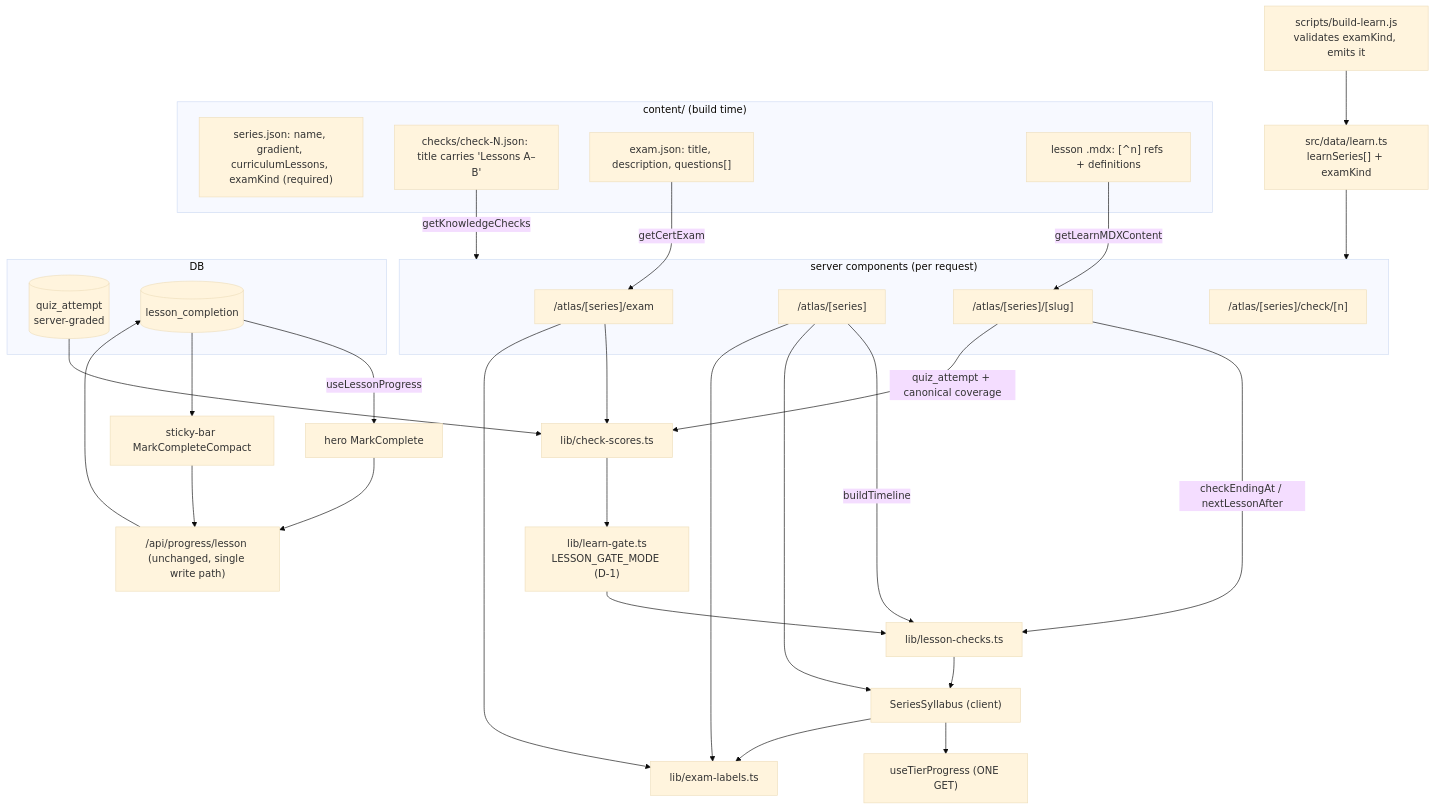
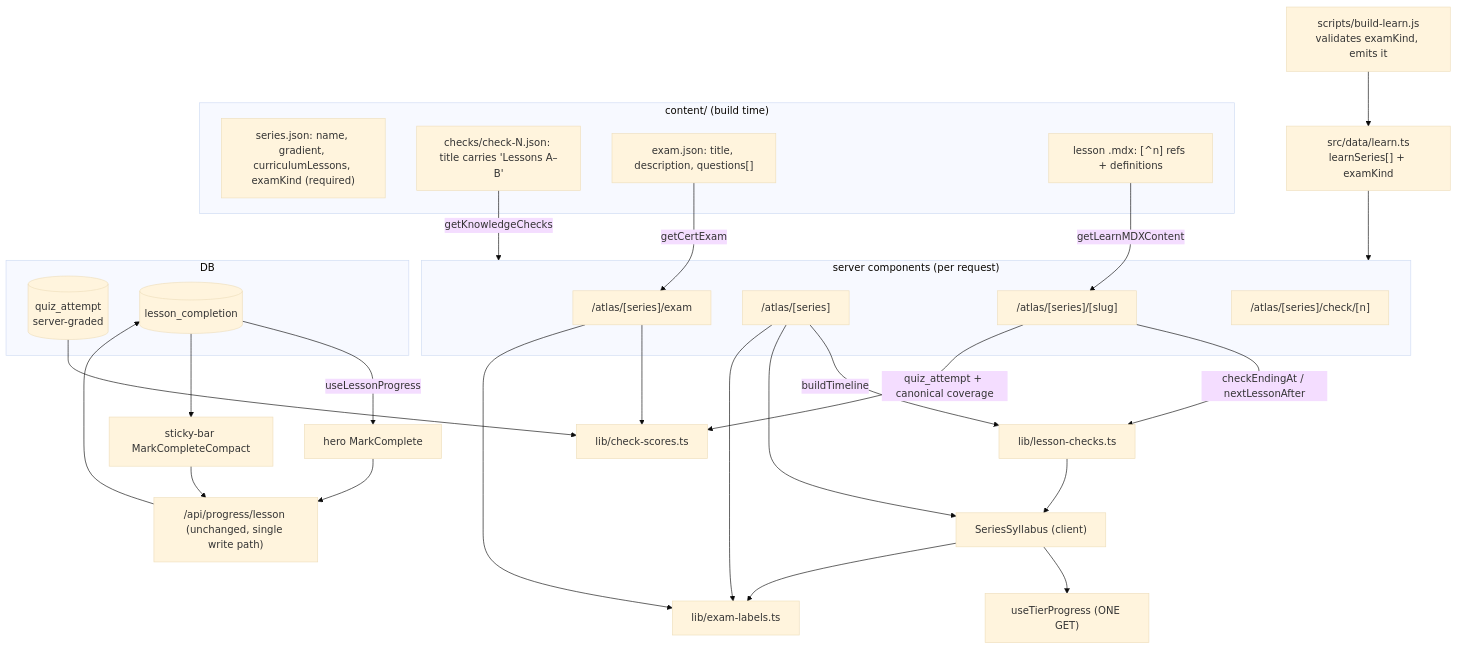
Before and after one commit to tophersymps/adroitconsultingllc: the diagram in deliverables/learn-ux-exam-naming/architecture.md, drawn with Mermaid (base theme). The commit also changed other lines of this file and 4 other files, not shown here.

````diff
--- a/deliverables/learn-ux-exam-naming/architecture.md
+++ b/deliverables/learn-ux-exam-naming/architecture.md
@@ -465,42 +469,40 @@
 ```mermaid
 flowchart TB
   subgraph Content["content/ (build time)"]
     SJ["series.json: name, gradient, curriculumLessons, examKind (required)"]
     CH["checks/check-N.json: title carries 'Lessons A–B'"]
     EX["exam.json: title, description, questions[]"]
     MDX["lesson .mdx: [^n] refs + definitions"]
   end
   BL["scripts/build-learn.js<br/>validates examKind, emits it"] --> GEN["src/data/learn.ts<br/>learnSeries[] + examKind"]
   subgraph S["server components (per request)"]
     LP["/atlas/[series]/[slug]"]
     SP["/atlas/[series]"]
     XP["/atlas/[series]/exam"]
     CP["/atlas/[series]/check/[n]"]
   end
   GEN --> S
   CH -->|getKnowledgeChecks| S
   EX -->|getCertExam| XP
   MDX -->|getLearnMDXContent| LP
   LP -->|"checkEndingAt / nextLessonAfter"| MAP["lib/lesson-checks.ts"]
   SP -->|buildTimeline| MAP
-  GATE["lib/learn-gate.ts<br/>LESSON_GATE_MODE (D-1)"] --> MAP
   LP -->|"quiz_attempt + canonical coverage"| SC["lib/check-scores.ts"]
   XP --> SC
-  SC --> GATE
   SP --> SYL["SeriesSyllabus (client)"]
   MAP --> SYL
   SYL --> TP["useTierProgress (ONE GET)"]
   XP --> EXL["lib/exam-labels.ts"]
   SP --> EXL
   SYL --> EXL
   subgraph DB
     QA[("quiz_attempt<br/>server-graded")]
     LC[("lesson_completion")]
   end
   QA --> SC
   LC -->|"useLessonProgress"| HERO["hero MarkComplete"]
   LC --> BAR["sticky-bar MarkCompleteCompact"]
   API["/api/progress/lesson (unchanged, single write path)"] --> LC
   HERO --> API
   BAR --> API
 ```
````
